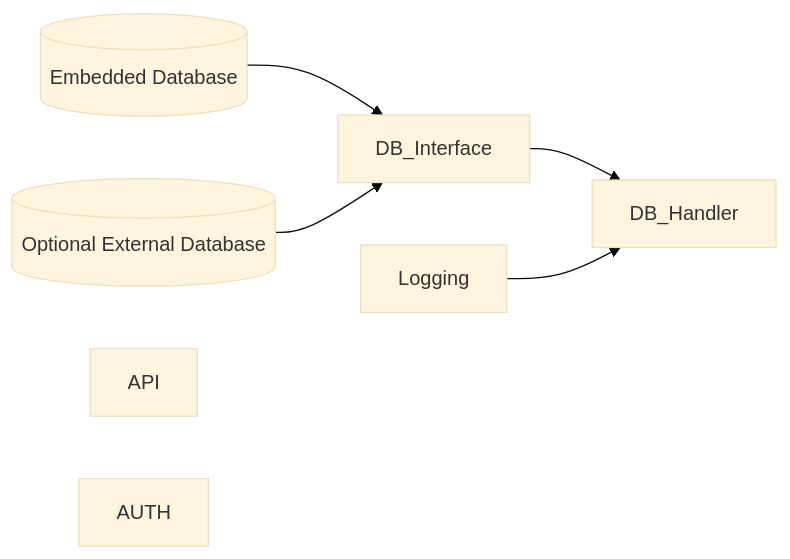
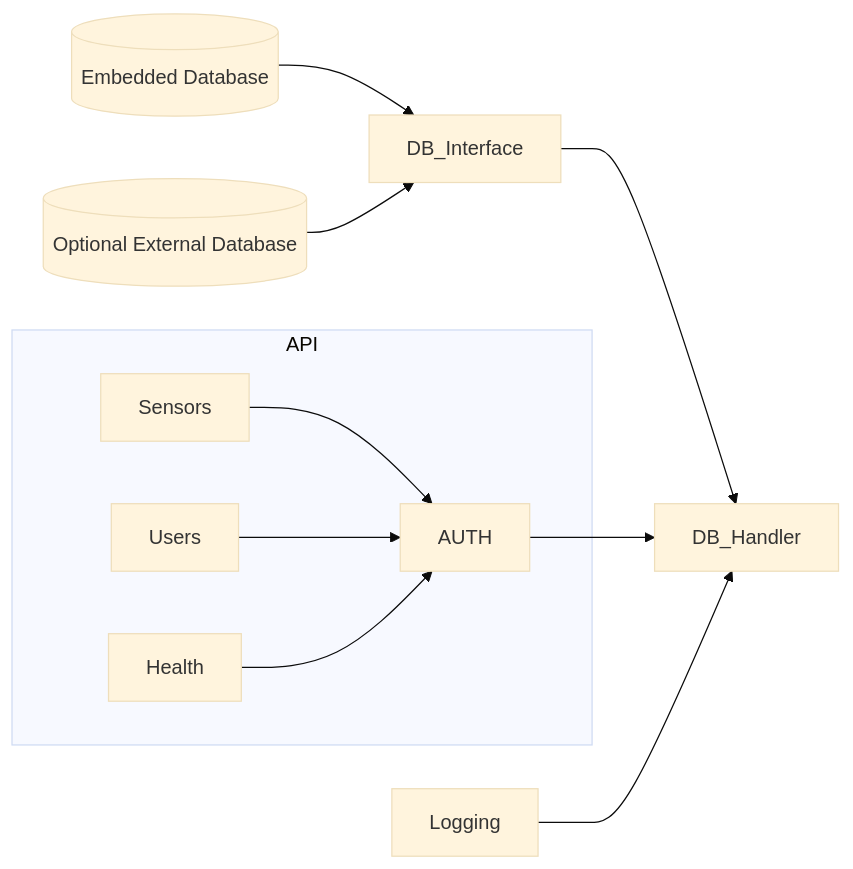
Before and after one commit to CharisGrubb/SensorCommandCenter: the diagram in Documentation/SensorCommandSensor_Main_Flow.md, drawn with Mermaid (base theme).

Commit message:
making api a subgraph

````diff
--- a/Documentation/SensorCommandSensor_Main_Flow.md
+++ b/Documentation/SensorCommandSensor_Main_Flow.md
@@ -1,12 +1,16 @@
 ```mermaid 
 
 graph LR;
 
 db1[(Embedded Database)]-->DB_Interface;
 db2[(Optional External Database)]-->DB_Interface;
 DB_Interface-->DB_Handler;
 DB_Handler;
-API;
-AUTH;
+subgraph API;
+Sensors-->AUTH;
+Users-->AUTH;
+Health-->AUTH;
+end;
+AUTH-->DB_Handler;
 Logging-->DB_Handler;
 ```
````
